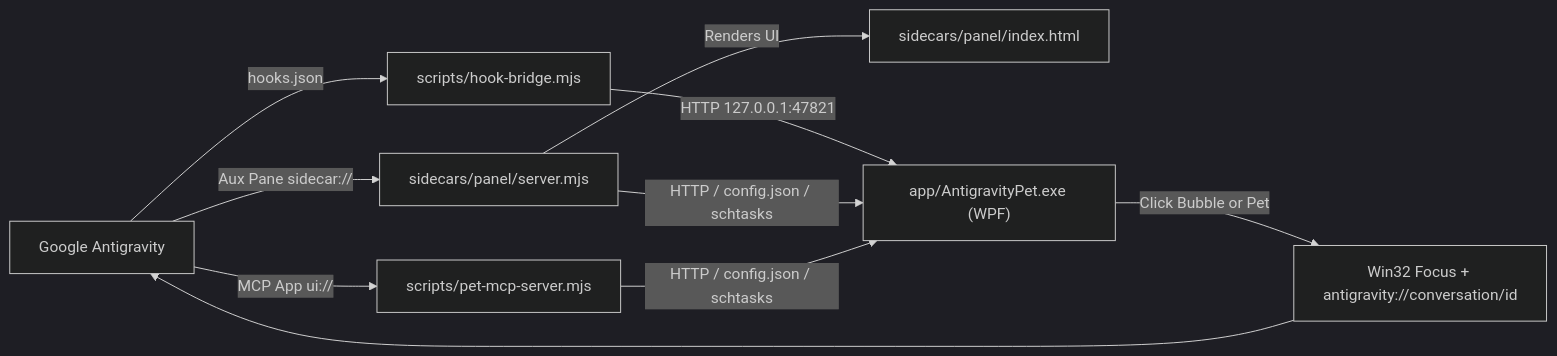
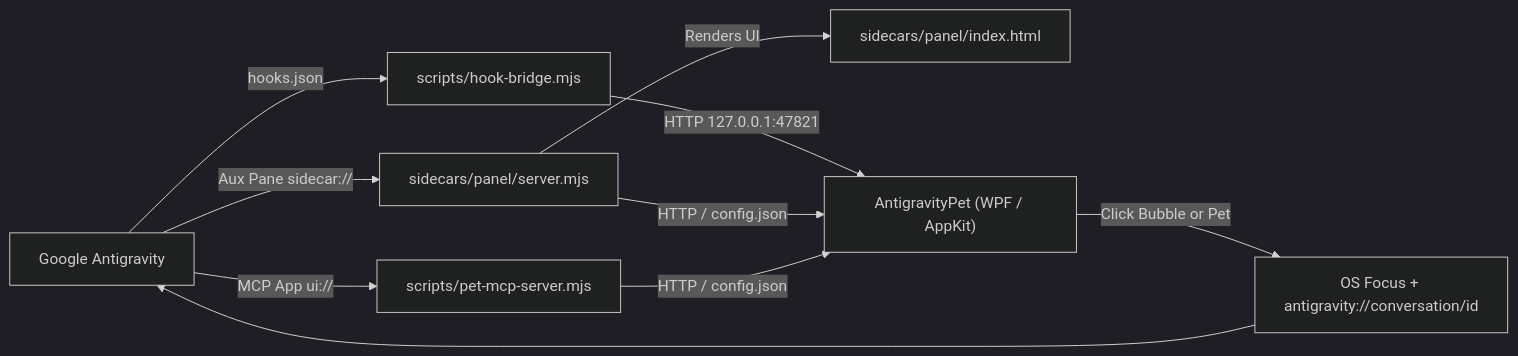
One commit to Wlaeg/antigravity-pet changed the diagram in README.md. Above: the diagram before and after it, drawn with Mermaid (dark theme). The commit also changed other lines of this file and 10 other files, not shown here.

Commit message:
feat(macos): add native Swift AppKit desktop pet & cross-platform support (v3.1.0)

````diff
--- a/README.md
+++ b/README.md
@@ -76,12 +76,12 @@
 ```mermaid
 flowchart LR
     AGY["Google Antigravity"] -->|hooks.json| Bridge["scripts/hook-bridge.mjs"]
     AGY -->|Aux Pane sidecar://| Panel["sidecars/panel/server.mjs"]
     AGY -->|MCP App ui://| MCP["scripts/pet-mcp-server.mjs"]
     Panel -->|Renders UI| PUI["sidecars/panel/index.html"]
-    Bridge -->|HTTP 127.0.0.1:47821| Pet["app/AntigravityPet.exe (WPF)"]
-    Panel -->|HTTP / config.json / schtasks| Pet
-    MCP -->|HTTP / config.json / schtasks| Pet
-    Pet -->|Click Bubble or Pet| DeepLink["Win32 Focus + antigravity://conversation/id"]
+    Bridge -->|HTTP 127.0.0.1:47821| Pet["AntigravityPet (WPF / AppKit)"]
+    Panel -->|HTTP / config.json| Pet
+    MCP -->|HTTP / config.json| Pet
+    Pet -->|Click Bubble or Pet| DeepLink["OS Focus + antigravity://conversation/id"]
     DeepLink --> AGY
 ```
````
